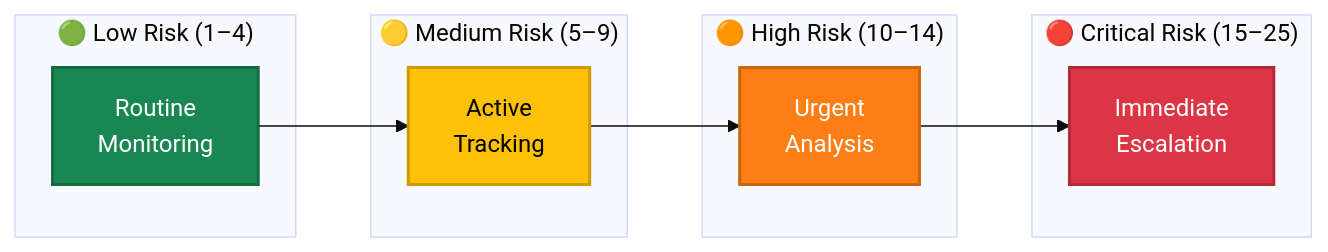
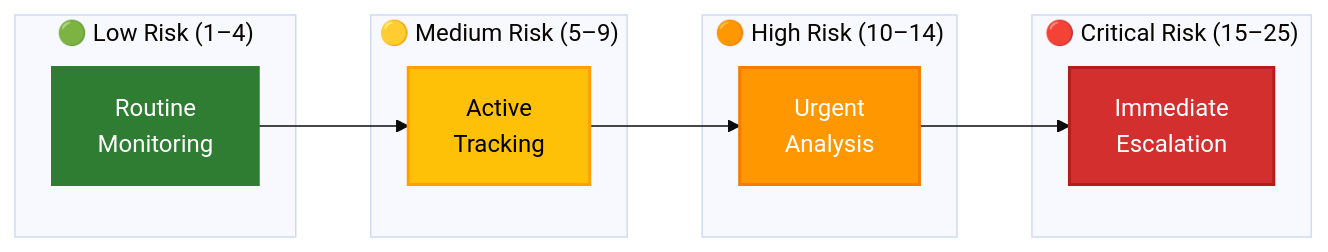
The fourth of 9 diagrams in analysis/templates/README.md (Hack23/riksdagsmonitor), drawn with Mermaid (base theme) before and after one commit. The commit also changed other lines of this file and 14 other files, not shown here.

First line of the commit message:
Align analysis/ mermaid diagrams with ISMS Style Guide palette and convert SWOT to quadrantChart

````diff
--- a/analysis/templates/README.md
+++ b/analysis/templates/README.md
@@ -300,22 +300,22 @@
 ```mermaid
 graph LR
     subgraph "🟢 Low Risk (1–4)"
         L["Routine<br/>Monitoring"]
     end
     subgraph "🟡 Medium Risk (5–9)"
         M["Active<br/>Tracking"]
     end
     subgraph "🟠 High Risk (10–14)"
         H["Urgent<br/>Analysis"]
     end
     subgraph "🔴 Critical Risk (15–25)"
         C["Immediate<br/>Escalation"]
     end
 
     L --> M --> H --> C
 
-    style L fill:#198754,color:#fff,stroke:#146c43,stroke-width:2px
-    style M fill:#ffc107,color:#000,stroke:#cc9a06,stroke-width:2px
-    style H fill:#fd7e14,color:#fff,stroke:#ca6510,stroke-width:2px
-    style C fill:#dc3545,color:#fff,stroke:#b02a37,stroke-width:2px
+    style L fill:#2E7D32,color:#FFFFFF,stroke:#2E7D32,stroke-width:2px
+    style M fill:#FFC107,color:#000000,stroke:#FFA000,stroke-width:2px
+    style H fill:#FF9800,color:#FFFFFF,stroke:#F57C00,stroke-width:2px
+    style C fill:#D32F2F,color:#FFFFFF,stroke:#B71C1C,stroke-width:2px
 ```
````
